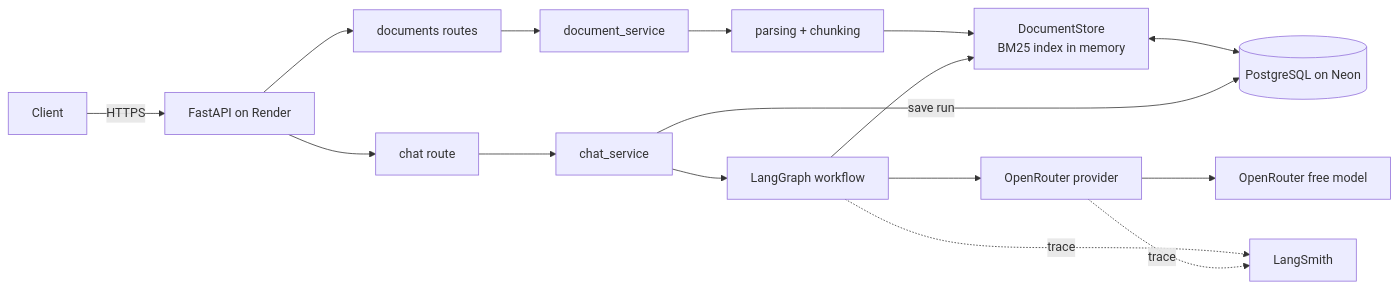
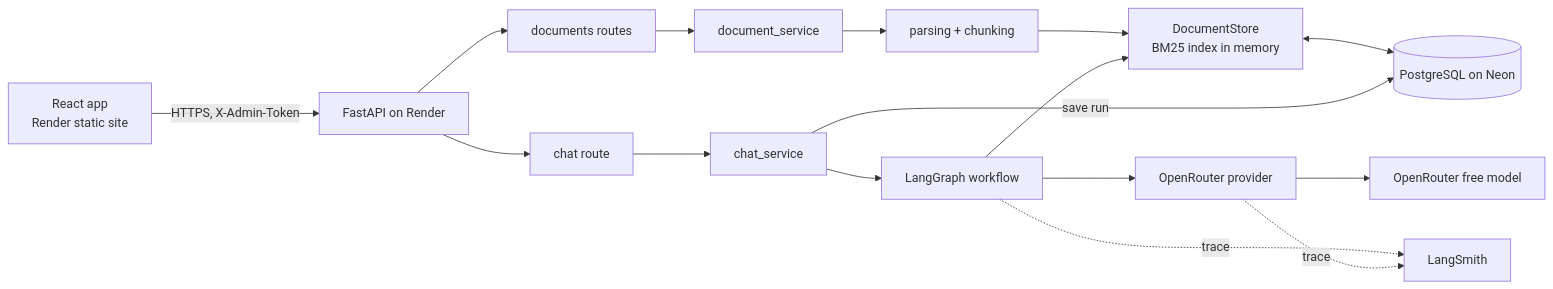
One commit to sanojDD/agentops changed the first of 2 diagrams in docs/ARCHITECTURE.md. Above: the diagram before and after it, drawn with Mermaid. The commit also changed other lines of this file and 43 other files, not shown here.

````diff
--- a/docs/ARCHITECTURE.md
+++ b/docs/ARCHITECTURE.md
@@ -24,18 +26,18 @@
 ```mermaid
 flowchart LR
-    Client -->|HTTPS| API[FastAPI on Render]
+    Browser[React app<br/>Render static site] -->|HTTPS, X-Admin-Token| API[FastAPI on Render]
     API --> Docs[documents routes]
     API --> Chat[chat route]
     Docs --> DS[document_service]
     DS --> Parse[parsing + chunking]
     Parse --> Store[DocumentStore<br/>BM25 index in memory]
     Store <--> PG[(PostgreSQL on Neon)]
     Chat --> CS[chat_service]
     CS --> Graph[LangGraph workflow]
     CS -->|save run| PG
     Graph --> Store
     Graph --> Prov[OpenRouter provider]
     Prov --> OR[OpenRouter free model]
     Graph -.trace.-> LS[LangSmith]
     Prov -.trace.-> LS
 ```
````
